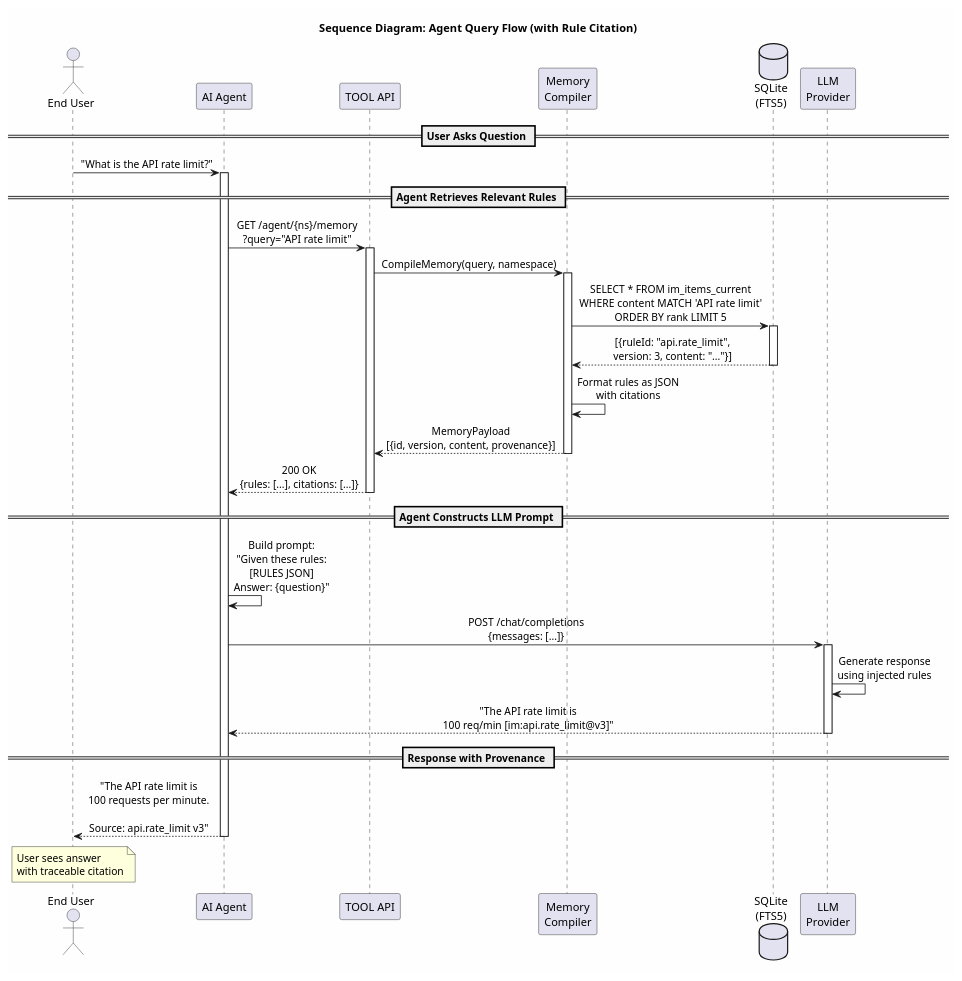
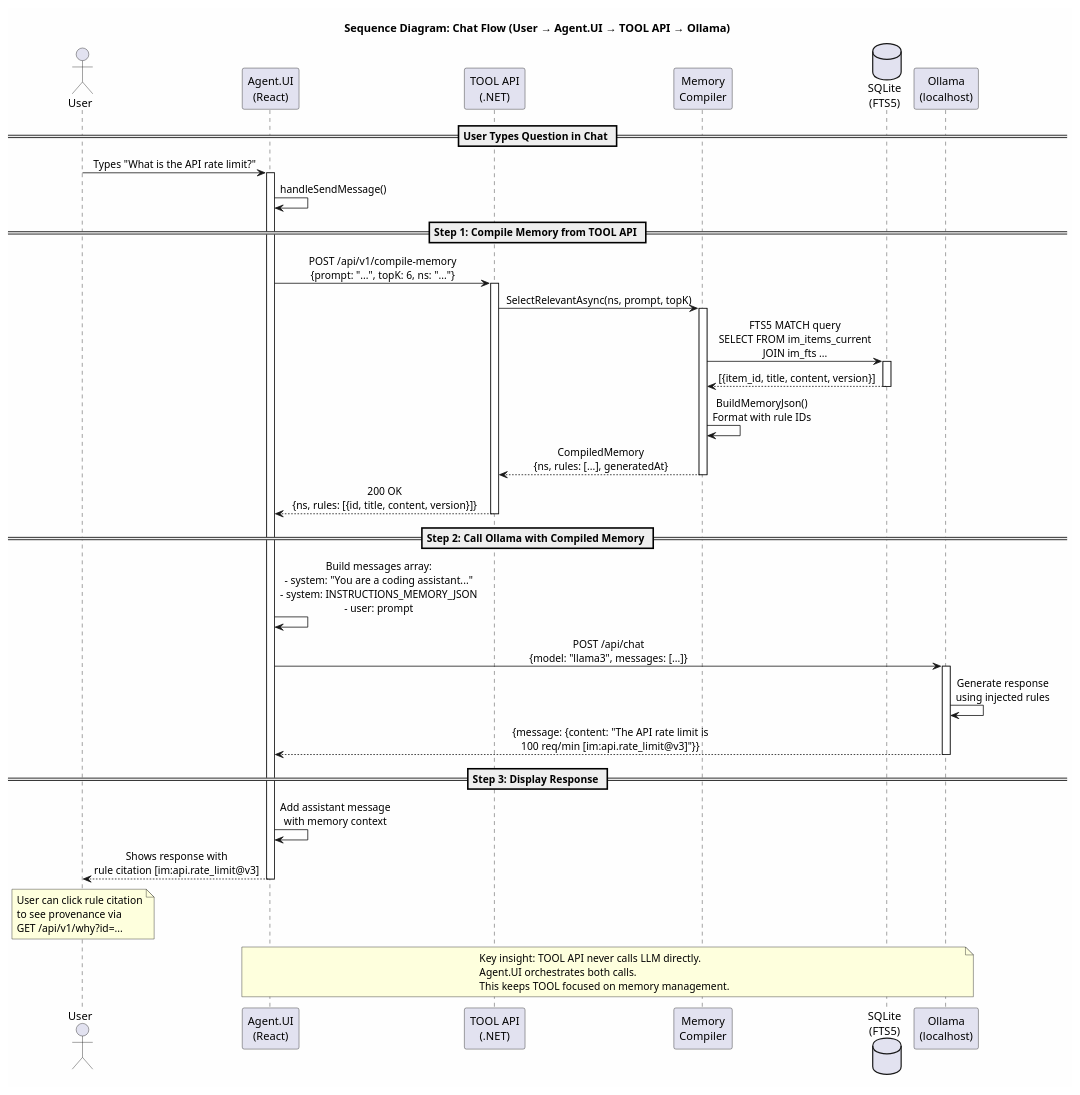
Before and after one commit to ravvnen/TOOL: the diagram in diagrams/seq_2_agent_query.puml, drawn with PlantUML. The commit also changed 5 other files, not shown here.

First line of the commit message:
Fix PlantUML diagrams to reflect actual architecture

```diff
--- a/diagrams/seq_2_agent_query.puml
+++ b/diagrams/seq_2_agent_query.puml
@@ -1,59 +1,73 @@
 @startuml Sequence_AgentQuery
-title Sequence Diagram: Agent Query Flow (with Rule Citation)
+title Sequence Diagram: Chat Flow (User → Agent.UI → TOOL API → Ollama)
 
 skinparam backgroundColor #FEFEFE
 skinparam sequenceMessageAlign center
 
-actor "End User" as USER
-participant "AI Agent" as AGENT
-participant "TOOL API" as API
+actor "User" as USER
+participant "Agent.UI\n(React)" as UI
+participant "TOOL API\n(.NET)" as API
 participant "Memory\nCompiler" as COMPILER
 database "SQLite\n(FTS5)" as DB
-participant "LLM\nProvider" as LLM
+participant "Ollama\n(localhost)" as LLM
 
-== User Asks Question ==
+== User Types Question in Chat ==
 
-USER -> AGENT: "What is the API rate limit?"
-activate AGENT
+USER -> UI: Types "What is the API rate limit?"
+activate UI
 
-== Agent Retrieves Relevant Rules ==
+UI -> UI: handleSendMessage()
 
-AGENT -> API: GET /agent/{ns}/memory\n?query="API rate limit"
+== Step 1: Compile Memory from TOOL API ==
+
+UI -> API: POST /api/v1/compile-memory\n{prompt: "...", topK: 6, ns: "..."}
 activate API
 
-API -> COMPILER: CompileMemory(query, namespace)
+API -> COMPILER: SelectRelevantAsync(ns, prompt, topK)
 activate COMPILER
 
-COMPILER -> DB: SELECT * FROM im_items_current\nWHERE content MATCH 'API rate limit'\nORDER BY rank LIMIT 5
+COMPILER -> DB: FTS5 MATCH query\nSELECT FROM im_items_current\nJOIN im_fts ...
 activate DB
-DB --> COMPILER: [{ruleId: "api.rate_limit",\nversion: 3, content: "..."}]
+DB --> COMPILER: [{item_id, title, content, version}]
 deactivate DB
 
-COMPILER -> COMPILER: Format rules as JSON\nwith citations
+COMPILER -> COMPILER: BuildMemoryJson()\nFormat with rule IDs
 
-COMPILER --> API: MemoryPayload\n[{id, version, content, provenance}]
+COMPILER --> API: CompiledMemory\n{ns, rules: [...], generatedAt}
 deactivate COMPILER
 
-API --> AGENT: 200 OK\n{rules: [...], citations: [...]}
+API --> UI: 200 OK\n{ns, rules: [{id, title, content, version}]}
 deactivate API
 
-== Agent Constructs LLM Prompt ==
+== Step 2: Call Ollama with Compiled Memory ==
 
-AGENT -> AGENT: Build prompt:\n"Given these rules:\n[RULES JSON]\nAnswer: {question}"
+UI -> UI: Build messages array:\n- system: "You are a coding assistant..."\n- system: INSTRUCTIONS_MEMORY_JSON\n- user: prompt
 
-AGENT -> LLM: POST /chat/completions\n{messages: [...]}
+UI -> LLM: POST /api/chat\n{model: "llama3", messages: [...]}
 activate LLM
 
 LLM -> LLM: Generate response\nusing injected rules
 
-LLM --> AGENT: "The API rate limit is\n100 req/min [im:api.rate_limit@v3]"
+LLM --> UI: {message: {content: "The API rate limit is\n100 req/min [im:api.rate_limit@v3]"}}
 deactivate LLM
 
-== Response with Provenance ==
+== Step 3: Display Response ==
 
-AGENT --> USER: "The API rate limit is\n100 requests per minute.\n\nSource: api.rate_limit v3"
-deactivate AGENT
+UI -> UI: Add assistant message\nwith memory context
 
-note over USER: User sees answer\nwith traceable citation
+UI --> USER: Shows response with\nrule citation [im:api.rate_limit@v3]
+deactivate UI
+
+note over USER
+  User can click rule citation
+  to see provenance via
+  GET /api/v1/why?id=...
+end note
+
+note over UI, LLM
+  Key insight: TOOL API never calls LLM directly.
+  Agent.UI orchestrates both calls.
+  This keeps TOOL focused on memory management.
+end note
 
 @enduml
```
